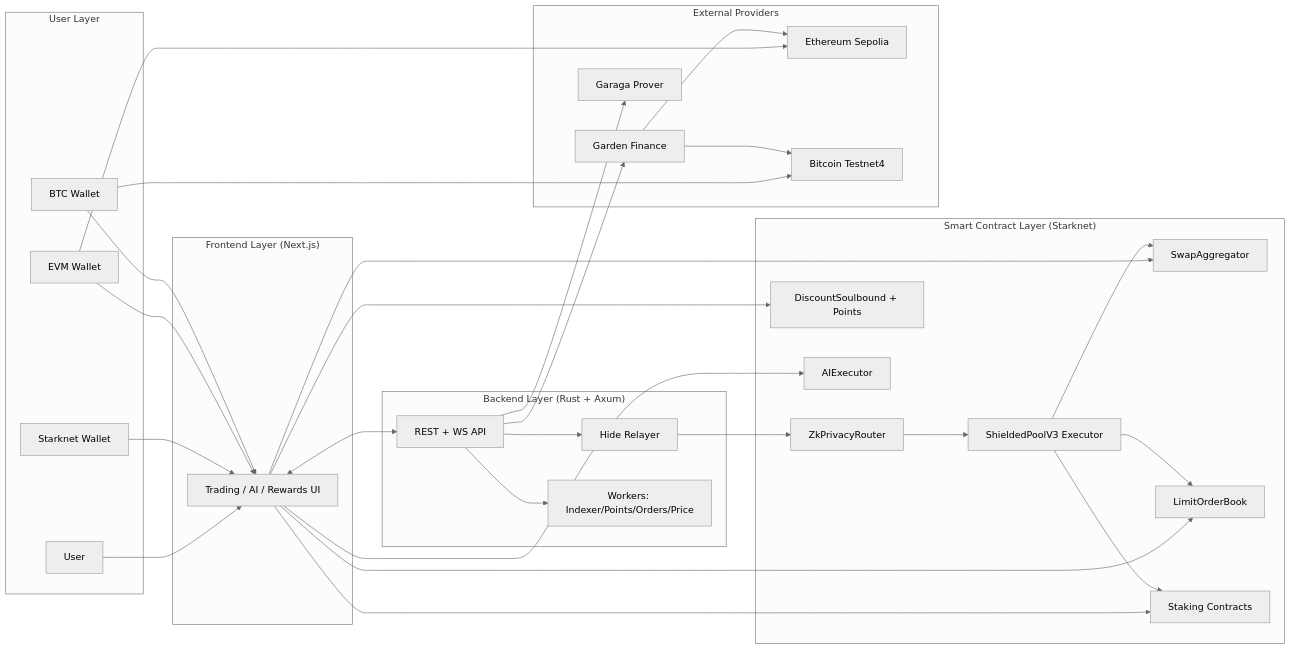
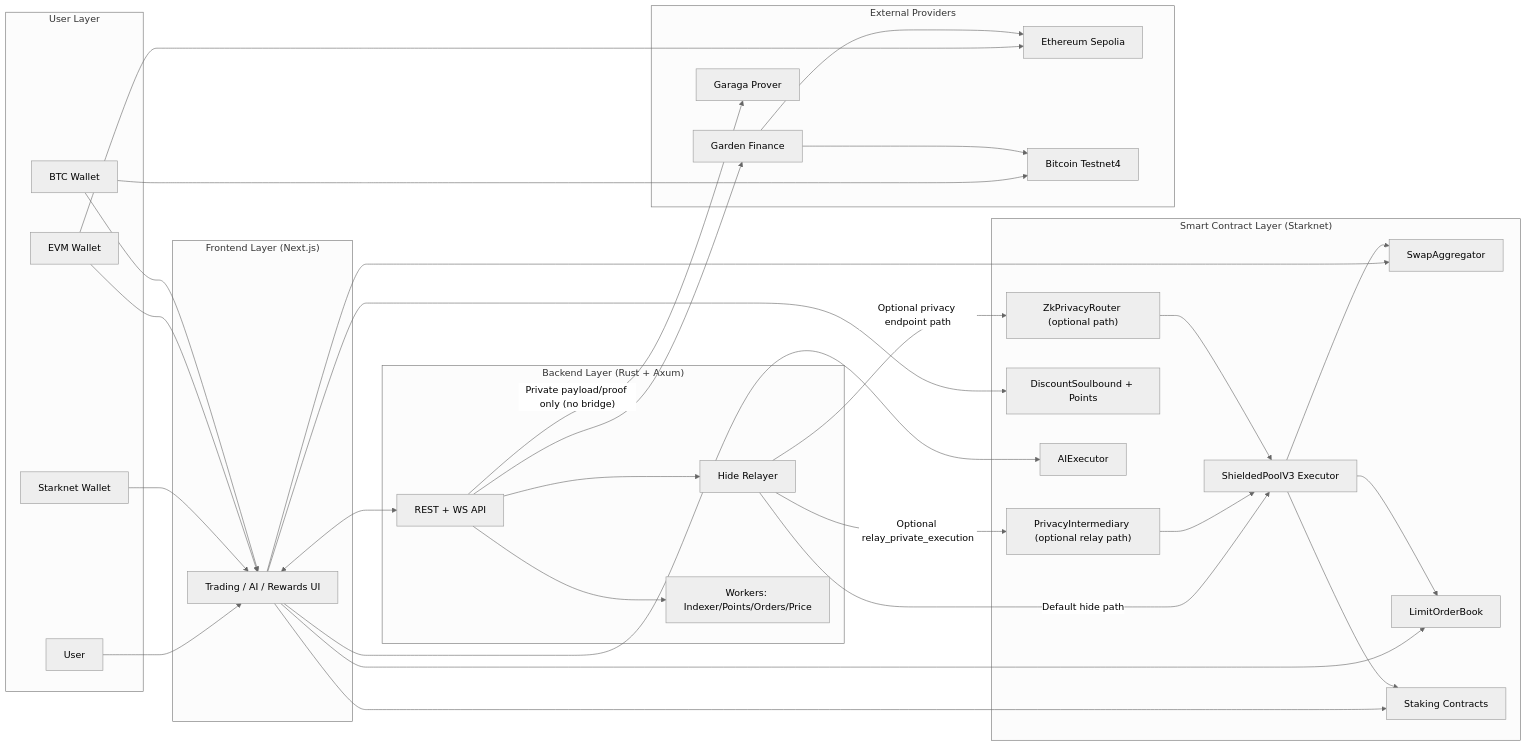
One commit to ntfound-dev/zkcarel_protocol changed the first of 3 diagrams in README.md. Above: the diagram before and after it, drawn with Mermaid (neutral theme). The commit also changed other lines of this file and 3 other files, not shown here.

Commit message:
docs: fix flow diagrams and WBTC staking naming

````diff
--- a/README.md
+++ b/README.md
@@ -53,64 +53,68 @@
 ```mermaid
 flowchart LR
   subgraph USER["User Layer"]
     U["User"]
     SW["Starknet Wallet"]
     EW["EVM Wallet"]
     BW["BTC Wallet"]
   end
 
   subgraph FE["Frontend Layer (Next.js)"]
     UI["Trading / AI / Rewards UI"]
   end
 
   subgraph BE["Backend Layer (Rust + Axum)"]
     API["REST + WS API"]
     REL["Hide Relayer"]
     WRK["Workers: Indexer/Points/Orders/Price"]
   end
 
   subgraph SC["Smart Contract Layer (Starknet)"]
     SWAP["SwapAggregator"]
     LOB["LimitOrderBook"]
     STAKE["Staking Contracts"]
-    ZK["ZkPrivacyRouter"]
+    ZK["ZkPrivacyRouter (optional path)"]
+    PI["PrivacyIntermediary (optional relay path)"]
     EXEC["ShieldedPoolV3 Executor"]
     NFT["DiscountSoulbound + Points"]
     AI["AIExecutor"]
   end
 
   subgraph EXT["External Providers"]
     ETH["Ethereum Sepolia"]
     BTC["Bitcoin Testnet4"]
     GARDEN["Garden Finance"]
     GARAGA["Garaga Prover"]
   end
 
   U --> UI
   SW --> UI
   EW --> UI
   BW --> UI
 
   UI <--> API
   API --> WRK
   API --> REL
-  API --> GARAGA
+  API -->|"Private payload/proof only (no bridge)"| GARAGA
   API --> GARDEN
 
   UI --> SWAP
   UI --> LOB
   UI --> STAKE
   UI --> NFT
   UI --> AI
 
-  REL --> ZK
+  REL -->|"Default hide path"| EXEC
+  REL -->|"Optional relay_private_execution"| PI
+  PI --> EXEC
+  REL -->|"Optional privacy endpoint path"| ZK
   ZK --> EXEC
   EXEC --> SWAP
   EXEC --> LOB
   EXEC --> STAKE
 
   EW --> ETH
   BW --> BTC
   GARDEN --> ETH
   GARDEN --> BTC
 ```
````
